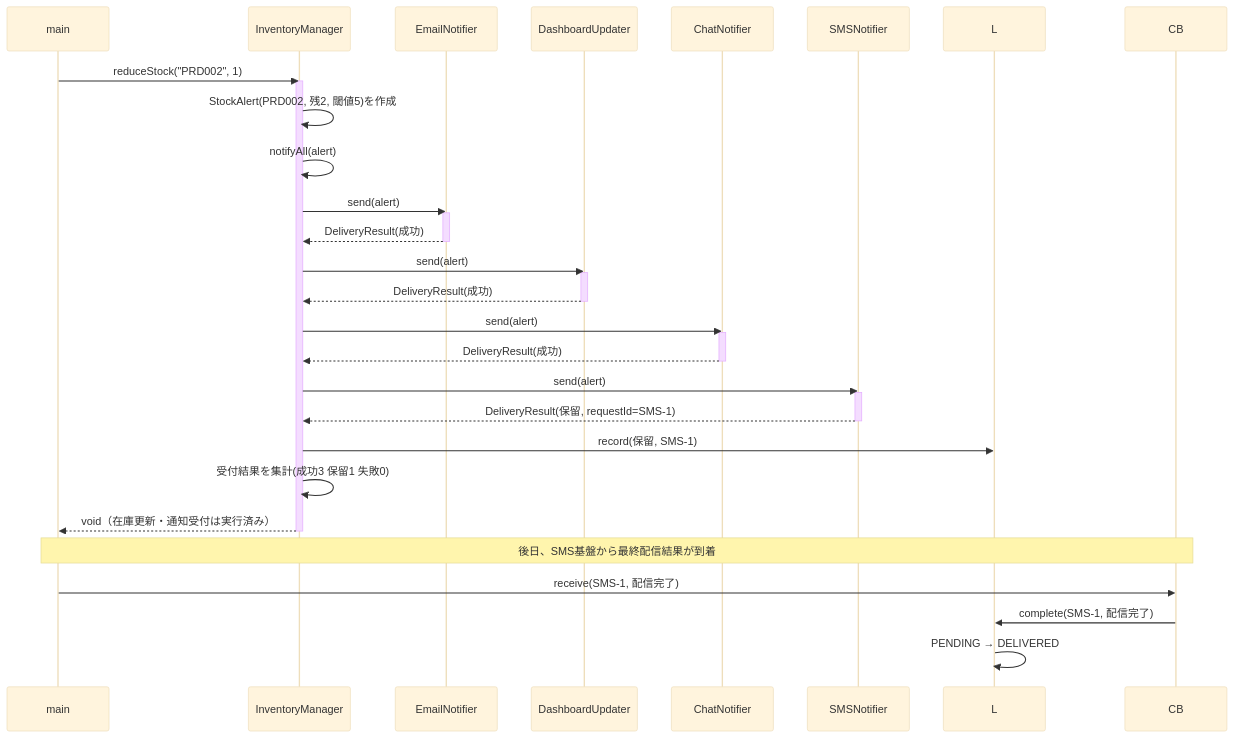
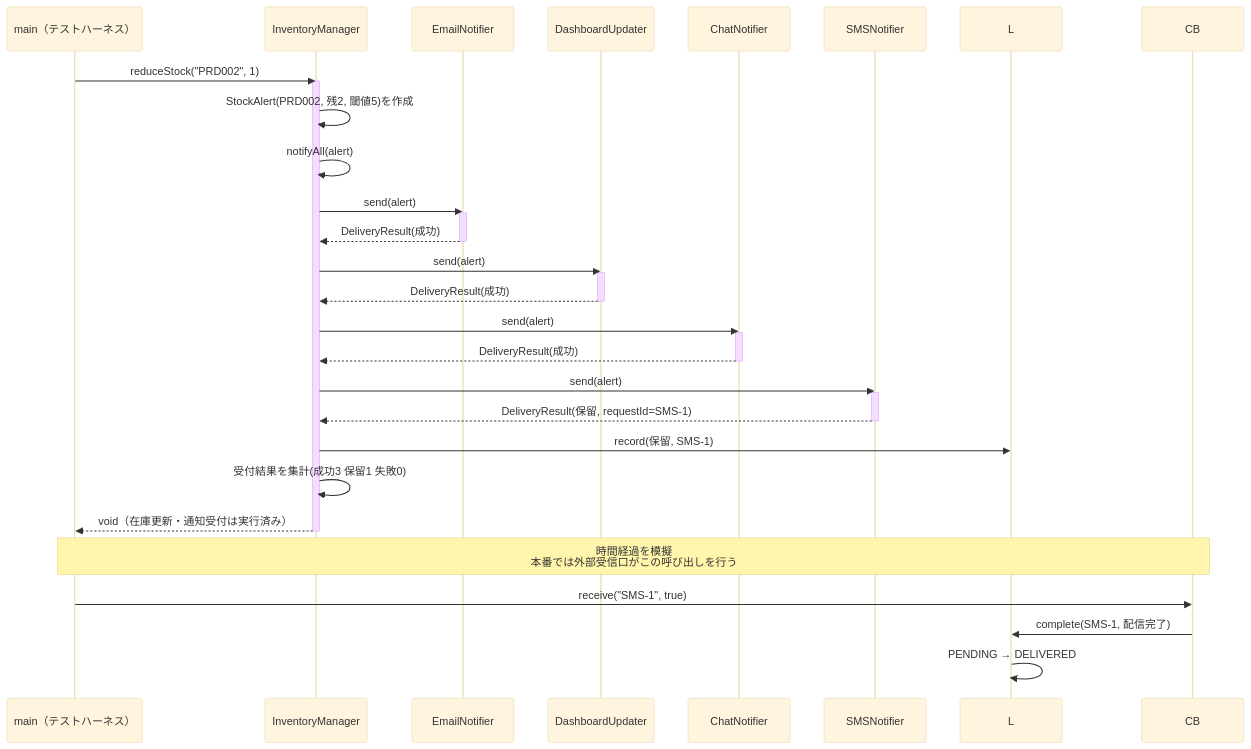
One commit to kumachan1101-pixel/DesignPattern changed diagram 12 of 15 in kindle/design-patterns/books/volume01-core-patterns/output/05-chapter03.md. Above: the diagram before and after it, drawn with Mermaid (base theme). The commit also changed other lines of this file and 40 other files, not shown here.

````diff
--- a/kindle/design-patterns/books/volume01-core-patterns/output/05-chapter03.md
+++ b/kindle/design-patterns/books/volume01-core-patterns/output/05-chapter03.md
@@ -2287,38 +2377,38 @@
 ```mermaid
 sequenceDiagram
-    participant M as main
+    participant M as main（テストハーネス）
     participant IM as InventoryManager
     participant E as EmailNotifier
     participant D as DashboardUpdater
     participant C as ChatNotifier
     participant S as SMSNotifier
 
     M->>IM: reduceStock("PRD002", 1)
     activate IM
     IM->>IM: StockAlert(PRD002, 残2, 閾値5)を作成
     IM->>IM: notifyAll(alert)
     IM->>E: send(alert)
     activate E
     E-->>IM: DeliveryResult(成功)
     deactivate E
     IM->>D: send(alert)
     activate D
     D-->>IM: DeliveryResult(成功)
     deactivate D
     IM->>C: send(alert)
     activate C
     C-->>IM: DeliveryResult(成功)
     deactivate C
     IM->>S: send(alert)
     activate S
     S-->>IM: DeliveryResult(保留, requestId=SMS-1)
     deactivate S
     IM->>L: record(保留, SMS-1)
     IM->>IM: 受付結果を集計(成功3 保留1 失敗0)
     IM-->>M: void（在庫更新・通知受付は実行済み）
     deactivate IM
-    Note over M,CB: 後日、SMS基盤から最終配信結果が到着
-    M->>CB: receive(SMS-1, 配信完了)
+    Note over M,CB: 時間経過を模擬<br>本番では外部受信口がこの呼び出しを行う
+    M->>CB: receive("SMS-1", true)
     CB->>L: complete(SMS-1, 配信完了)
     L->>L: PENDING → DELIVERED
 ```
````
